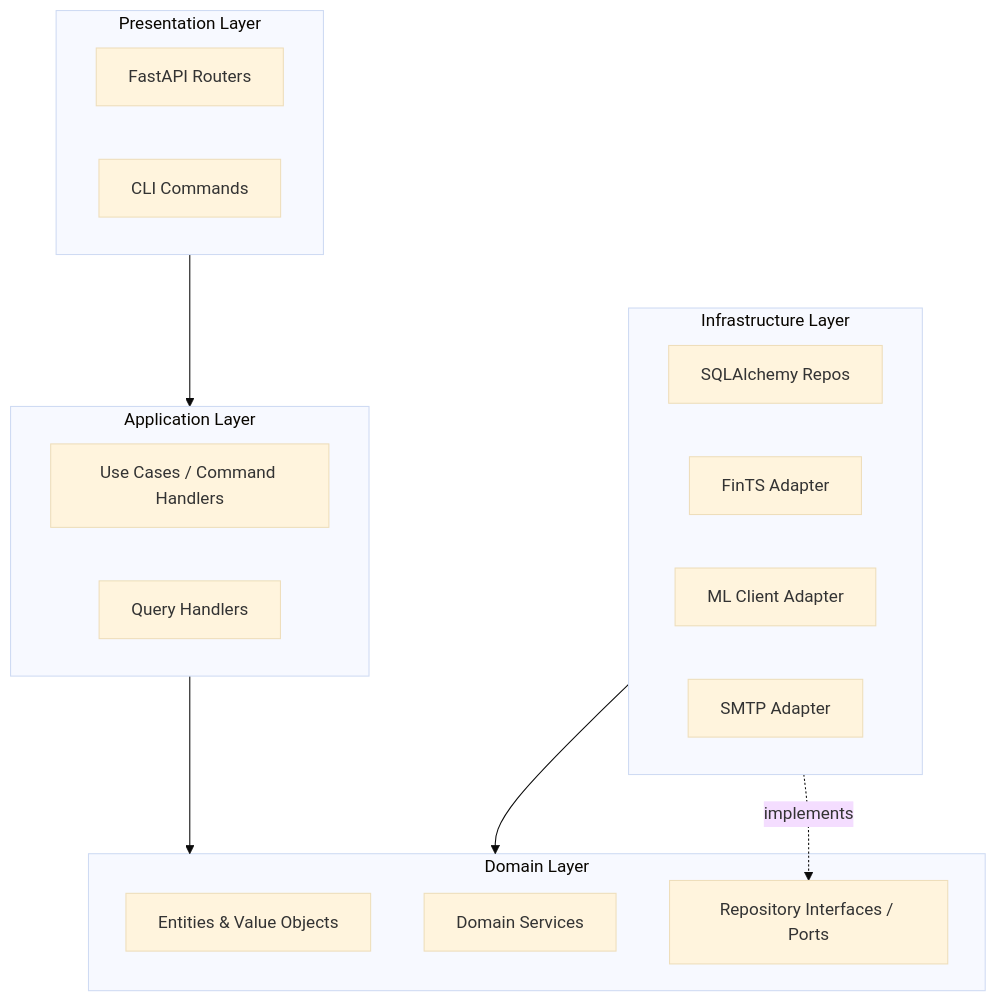
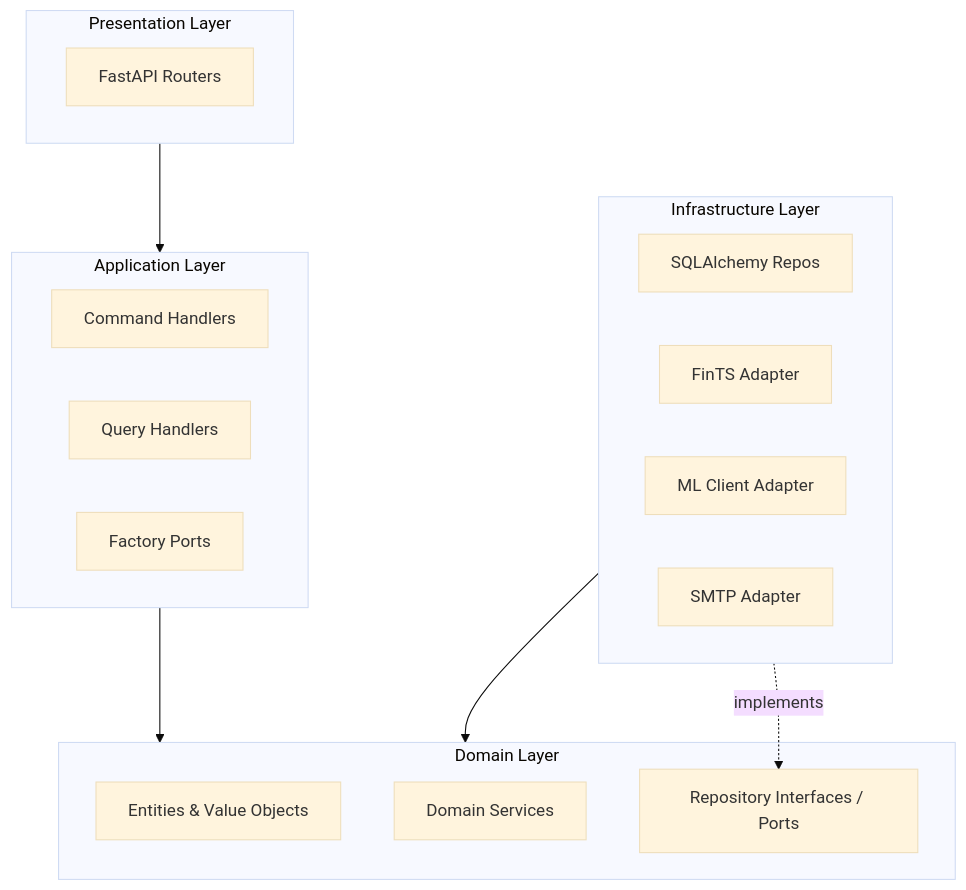
One commit to maltewinckler/swen changed the first of 2 diagrams in docs/dev/architecture.md. Above: the diagram before and after it, drawn with Mermaid (base theme). The commit also changed other lines of this file and 11 other files, not shown here.

````diff
--- a/docs/dev/architecture.md
+++ b/docs/dev/architecture.md
@@ -17,30 +17,30 @@
 ```mermaid
 graph TD
     subgraph Domain["Domain Layer"]
         E[Entities & Value Objects]
         S[Domain Services]
         R[Repository Interfaces / Ports]
     end
 
     subgraph Application["Application Layer"]
-        UC[Use Cases / Command Handlers]
+        UC[Command Handlers]
         QH[Query Handlers]
+        FC[Factory Ports]
     end
 
     subgraph Infrastructure["Infrastructure Layer"]
         DB[SQLAlchemy Repos]
         FS[FinTS Adapter]
         ML[ML Client Adapter]
         SMTP[SMTP Adapter]
     end
 
     subgraph Presentation["Presentation Layer"]
         API[FastAPI Routers]
-        CLI[CLI Commands]
     end
 
     Presentation --> Application
     Application --> Domain
     Infrastructure --> Domain
     Infrastructure -.->|implements| R
 ```
````
